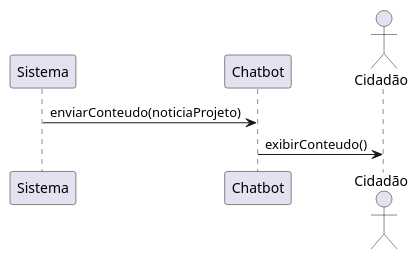
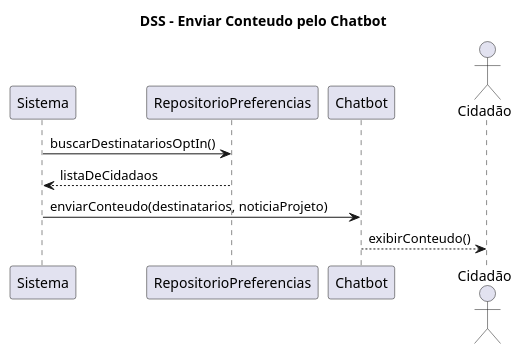
Before and after one commit to ICEI-PUC-Minas-PPLES-TI/plf-es-2025-2-tcci-0393100-dev-bernardo-biondini: the diagram in Artefatos/DSS/chatbot-receber-conteudo.puml, drawn with PlantUML. The commit also changed 96 other files, not shown here.

Commit message:
Remoção de casos de uso e diagramas desnecessários e adaptações dos diagramas ao contexo atual do projeto

```diff
--- a/Artefatos/DSS/chatbot-receber-conteudo.puml
+++ b/Artefatos/DSS/chatbot-receber-conteudo.puml
@@ -1,8 +1,13 @@
 @startuml
+title DSS - Enviar Conteudo pelo Chatbot
+
 participant Sistema
+participant "RepositorioPreferencias" as Repo
 participant Chatbot
 actor Cidadão
 
-Sistema -> Chatbot : enviarConteudo(noticiaProjeto)
-Chatbot -> Cidadão : exibirConteudo()
+Sistema -> Repo : buscarDestinatariosOptIn()
+Repo --> Sistema : listaDeCidadaos
+Sistema -> Chatbot : enviarConteudo(destinatarios, noticiaProjeto)
+Chatbot --> Cidadão : exibirConteudo()
 @enduml
```
